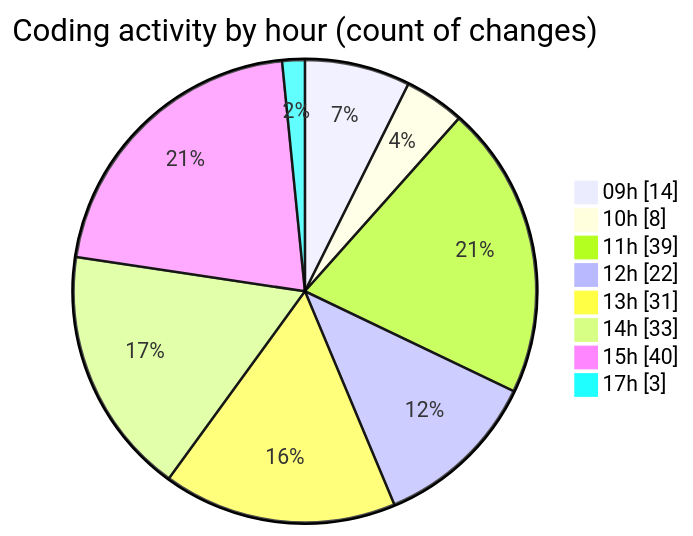
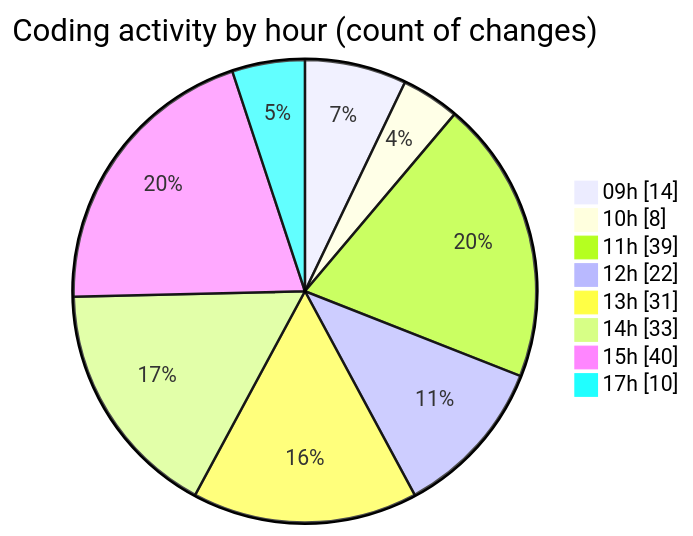
The second of 2 diagrams in 2025-02-07/cda/README.md (momahboobian/code-tracking), drawn with Mermaid before and after one commit. The commit also changed other lines of this file and 1 other file, not shown here.

````diff
--- a/2025-02-07/cda/README.md
+++ b/2025-02-07/cda/README.md
@@ -66,12 +69,12 @@
 ```mermaid
 pie showData
 title Coding activity by hour (count of changes)
 "09h" : 14
 "10h" : 8
 "11h" : 39
 "12h" : 22
 "13h" : 31
 "14h" : 33
 "15h" : 40
-"17h" : 3
+"17h" : 10
 ```
````
